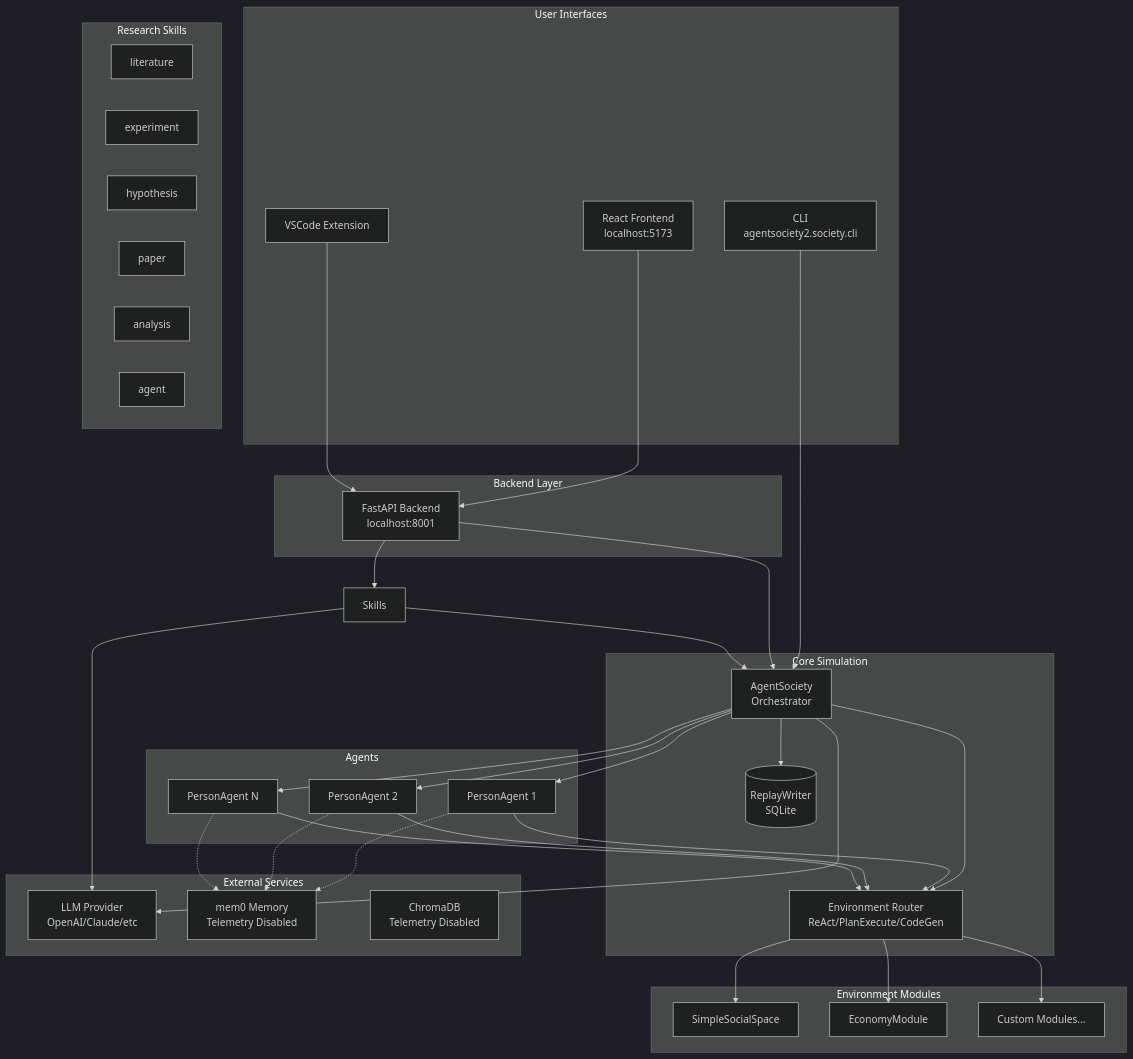
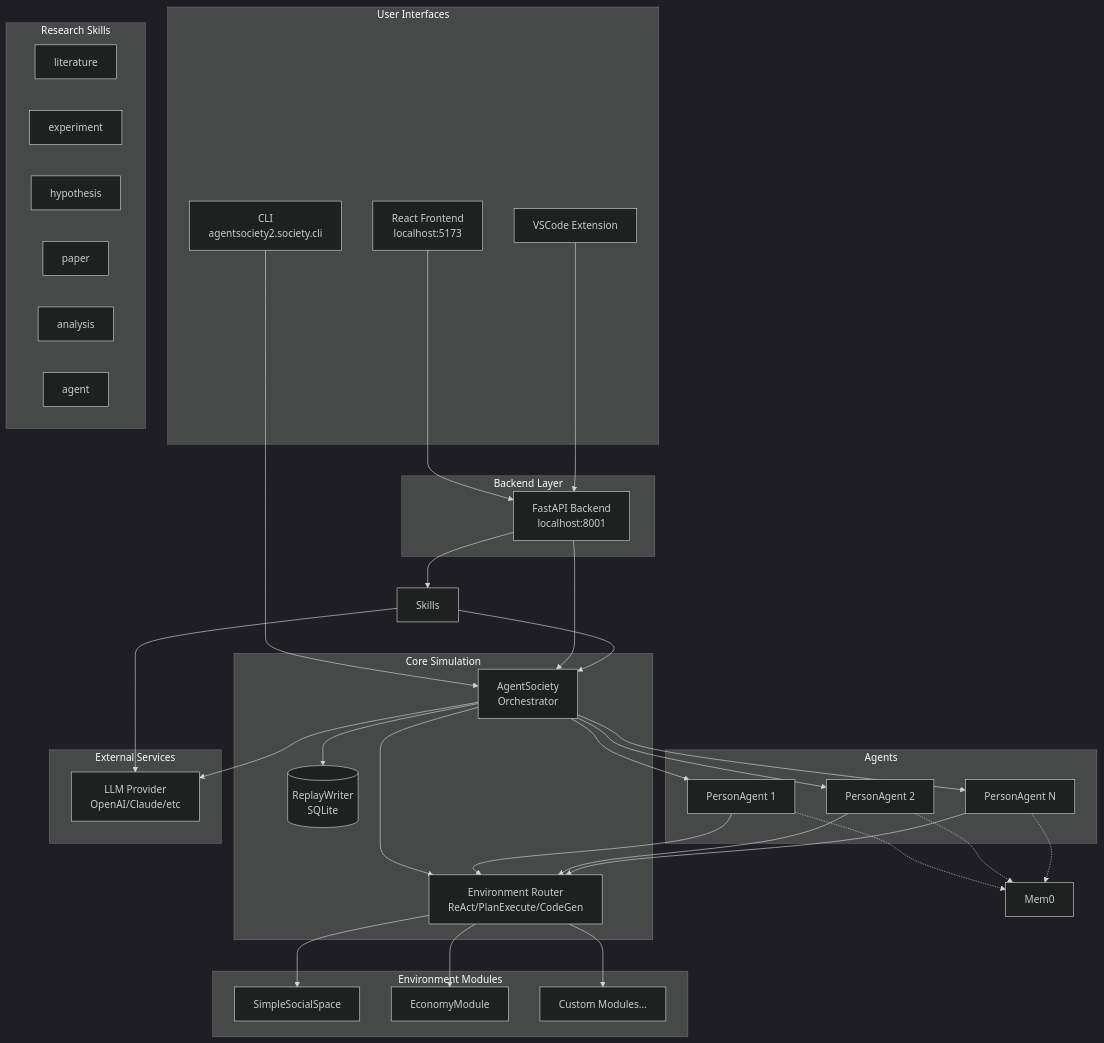
One commit to miaoqijun/AgentSociety changed the first of 6 diagrams in CLAUDE.md. Above: the diagram before and after it, drawn with Mermaid (dark theme). The commit also changed other lines of this file and 77 other files, not shown here.

````diff
--- a/CLAUDE.md
+++ b/CLAUDE.md
@@ -109,73 +109,71 @@
 ```mermaid
 graph TB
     subgraph "User Interfaces"
         CLI[CLI<br/>agentsociety2.society.cli]
         Frontend[React Frontend<br/>localhost:5173]
         VSCode[VSCode Extension]
     end
 
     subgraph "Backend Layer"
         API[FastAPI Backend<br/>localhost:8001]
     end
 
     subgraph "Core Simulation"
         Society[AgentSociety<br/>Orchestrator]
         Router[Environment Router<br/>ReAct/PlanExecute/CodeGen]
         Storage[(ReplayWriter<br/>SQLite)]
     end
 
     subgraph "Agents"
         Agent1[PersonAgent 1]
         Agent2[PersonAgent 2]
         AgentN[PersonAgent N]
     end
 
     subgraph "Environment Modules"
         Env1[SimpleSocialSpace]
         Env2[EconomyModule]
         EnvN[Custom Modules...]
     end
 
     subgraph "Research Skills"
         Lit[literature]
         Exp[experiment]
         Hyp[hypothesis]
         Paper[paper]
         Analysis[analysis]
         Agent[agent]
     end
 
     subgraph "External Services"
         LLM[LLM Provider<br/>OpenAI/Claude/etc]
-        Mem0[mem0 Memory<br/>Telemetry Disabled]
-        Chroma[ChromaDB<br/>Telemetry Disabled]
     end
 
     CLI --> Society
     Frontend --> API
     VSCode --> API
     API --> Society
     API --> Skills
 
     Society --> Router
     Society --> Storage
     Society --> Agent1
     Society --> Agent2
     Society --> AgentN
 
     Router --> Env1
     Router --> Env2
     Router --> EnvN
 
     Agent1 --> Router
     Agent2 --> Router
     AgentN --> Router
 
     Skills --> Society
     Skills --> LLM
     Society --> LLM
 
     Agent1 -.-> Mem0
     Agent2 -.-> Mem0
     AgentN -.-> Mem0
 ```
````
